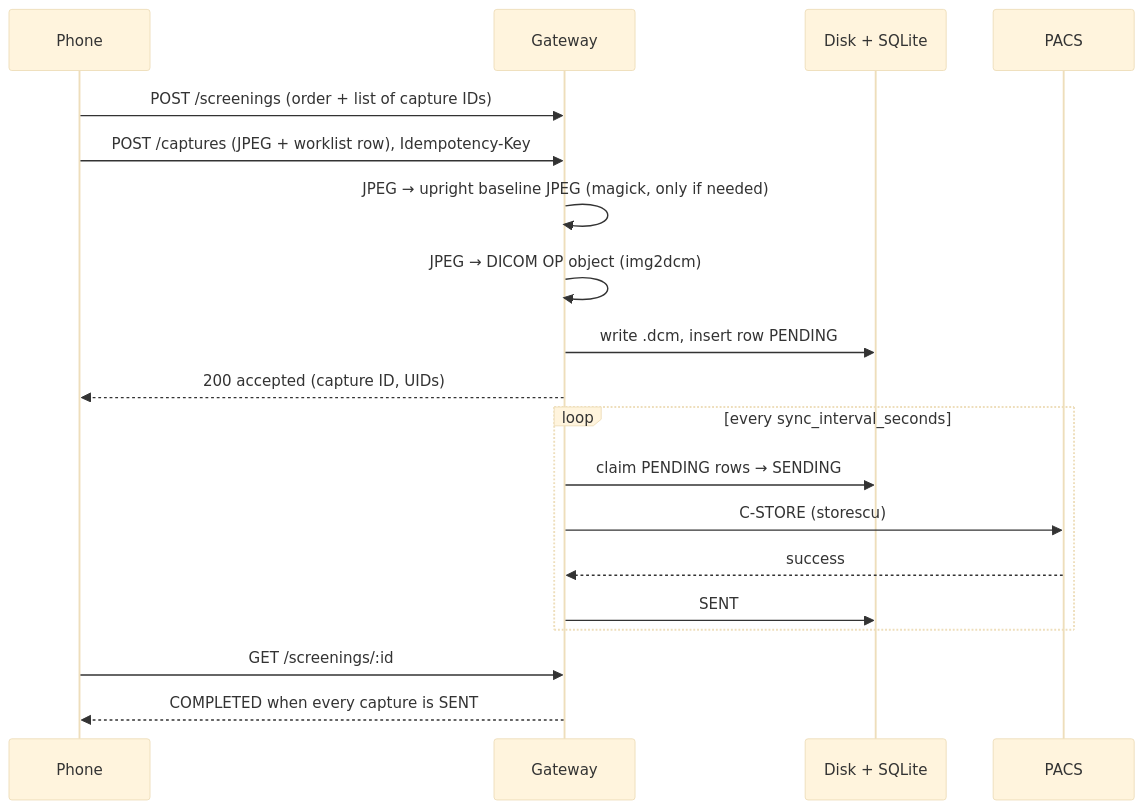
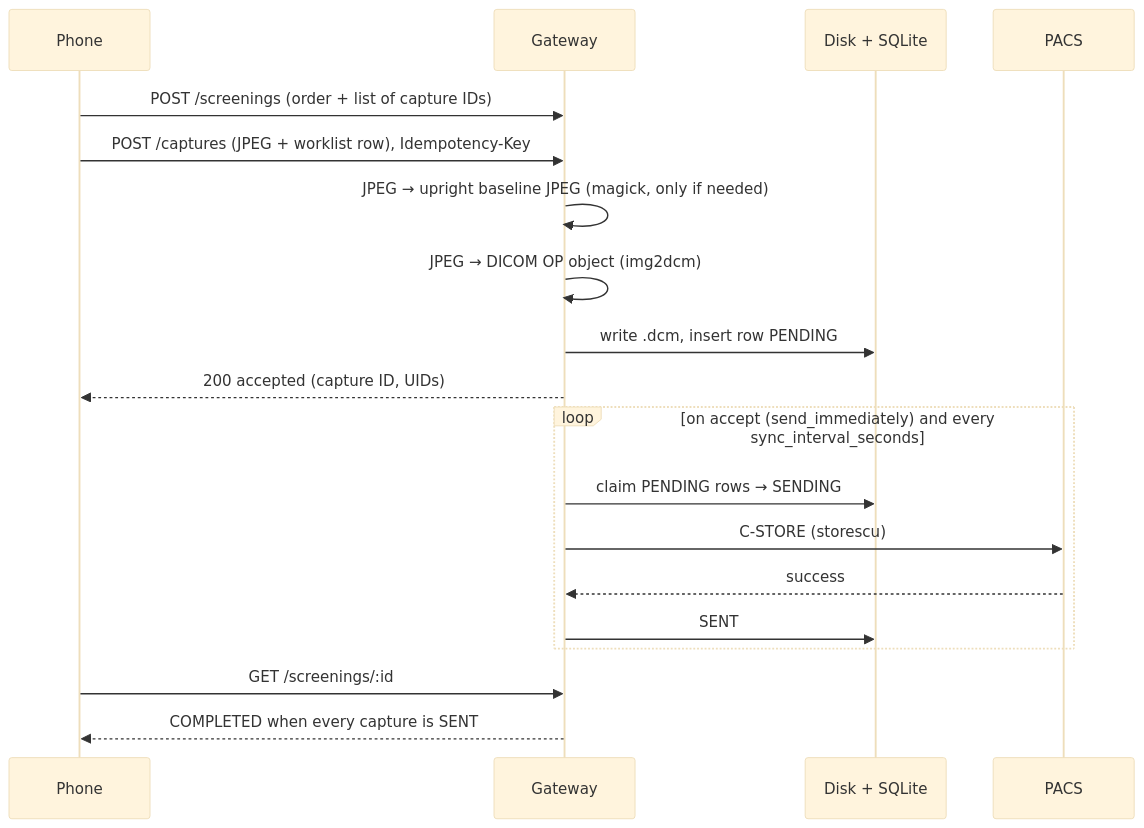
The second of 3 diagrams in docs/architecture.md (Visilant/visilant-gateway-aravind-public), drawn with Mermaid (base theme) before and after one commit. The commit also changed other lines of this file and 15 other files, not shown here.

````diff
--- a/docs/architecture.md
+++ b/docs/architecture.md
@@ -113,21 +119,21 @@
 ```mermaid
 sequenceDiagram
     participant P as Phone
     participant G as Gateway
     participant D as Disk + SQLite
     participant A as PACS
     P->>G: POST /screenings (order + list of capture IDs)
     P->>G: POST /captures (JPEG + worklist row), Idempotency-Key
     G->>G: JPEG → upright baseline JPEG (magick, only if needed)
     G->>G: JPEG → DICOM OP object (img2dcm)
     G->>D: write .dcm, insert row PENDING
     G-->>P: 200 accepted (capture ID, UIDs)
-    loop every sync_interval_seconds
+    loop on accept (send_immediately) and every sync_interval_seconds
         G->>D: claim PENDING rows → SENDING
         G->>A: C-STORE (storescu)
         A-->>G: success
         G->>D: SENT
     end
     P->>G: GET /screenings/:id
     G-->>P: COMPLETED when every capture is SENT
 ```
````
